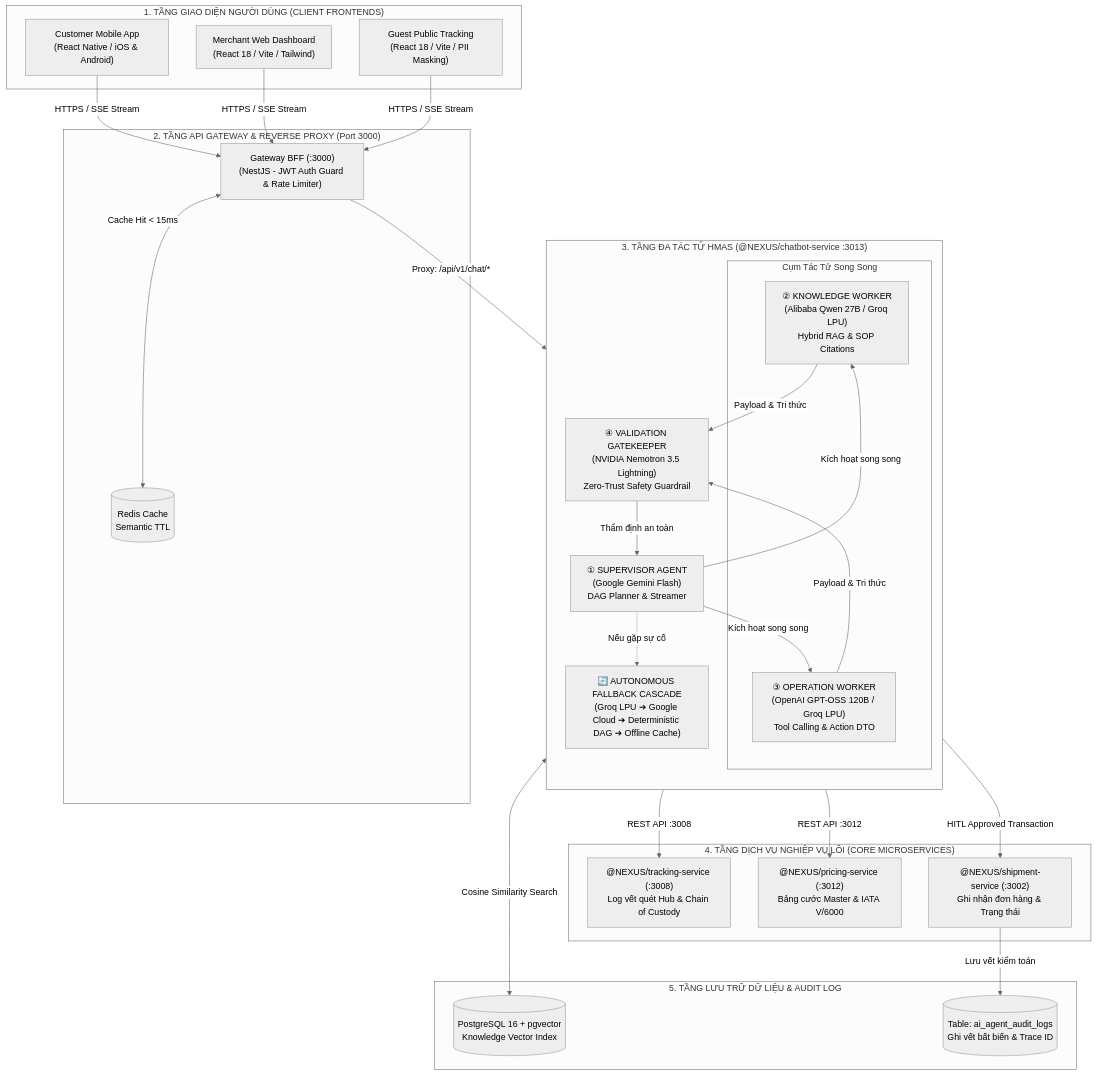
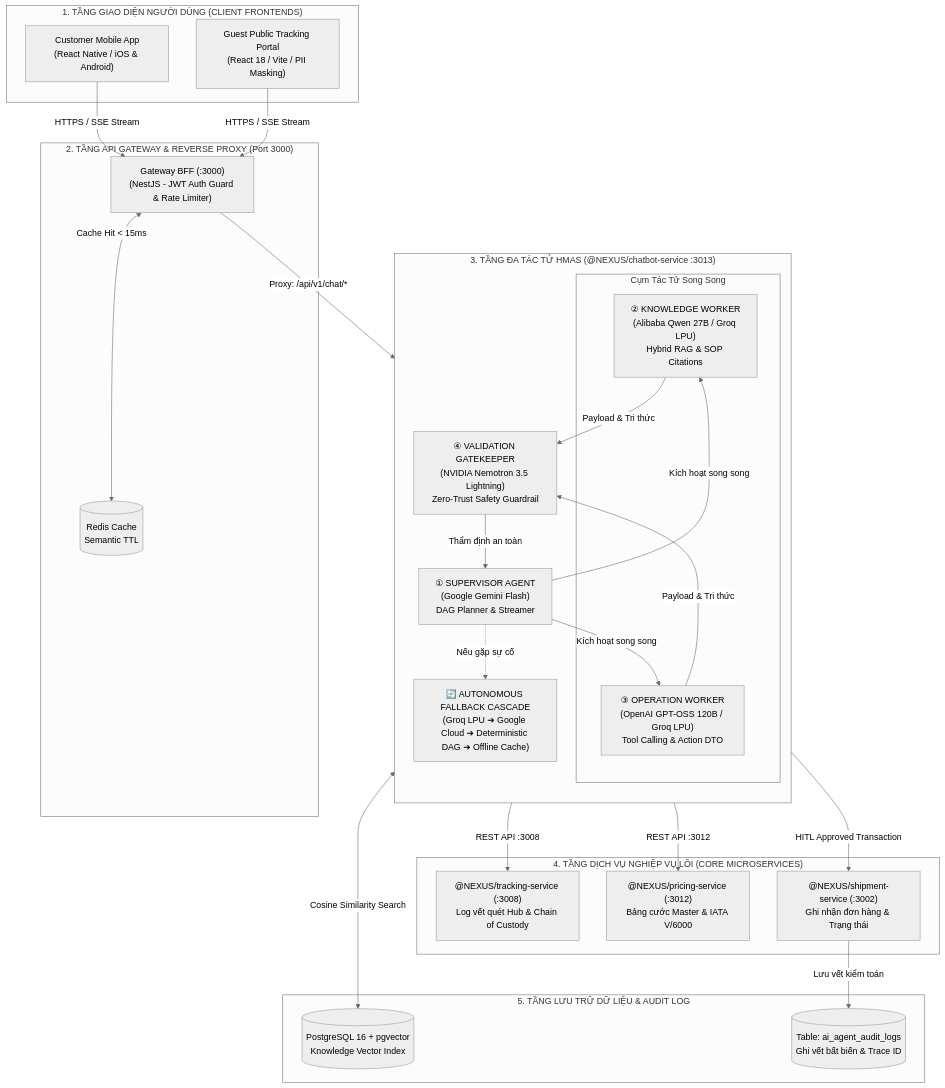
The first of 3 diagrams in docs/architecture/ai-chatbot-service-architecture.md (VoVanTuTai/logistics-management-system), drawn with Mermaid (neutral theme) before and after one commit. The commit also changed other lines of this file, not shown here.

Commit message:
docs(architecture): clarify AI chatbot client scope for Customer Mobile and Guest Web, excluding Merchant Web

````diff
--- a/docs/architecture/ai-chatbot-service-architecture.md
+++ b/docs/architecture/ai-chatbot-service-architecture.md
@@ -93,60 +93,58 @@
 ```mermaid
 graph TD
     subgraph CLIENT_TIER ["1. TẦNG GIAO DIỆN NGƯỜI DÙNG (CLIENT FRONTENDS)"]
         CM["Customer Mobile App<br/>(React Native / iOS & Android)"]
-        MW["Merchant Web Dashboard<br/>(React 18 / Vite / Tailwind)"]
-        GW["Guest Public Tracking<br/>(React 18 / Vite / PII Masking)"]
+        GW["Guest Public Tracking Portal<br/>(React 18 / Vite / PII Masking)"]
     end
 
     subgraph GATEWAY_TIER ["2. TẦNG API GATEWAY & REVERSE PROXY (Port 3000)"]
         BFF["Gateway BFF (:3000)<br/>(NestJS - JWT Auth Guard & Rate Limiter)"]
         CACHE[("Redis Cache<br/>Semantic TTL")]
     end
 
     subgraph HMAS_CONTAINER ["3. TẦNG ĐA TÁC TỬ HMAS (@NEXUS/chatbot-service :3013)"]
         direction TB
         SUP["① SUPERVISOR AGENT<br/>(Google Gemini Flash)<br/>DAG Planner & Streamer"]
         
         subgraph PARALLEL_WORKERS ["Cụm Tác Tử Song Song"]
             KNOW["② KNOWLEDGE WORKER<br/>(Alibaba Qwen 27B / Groq LPU)<br/>Hybrid RAG & SOP Citations"]
             OPER["③ OPERATION WORKER<br/>(OpenAI GPT-OSS 120B / Groq LPU)<br/>Tool Calling & Action DTO"]
         end
 
         VAL["④ VALIDATION GATEKEEPER<br/>(NVIDIA Nemotron 3.5 Lightning)<br/>Zero-Trust Safety Guardrail"]
         
         CASCADE["🔄 AUTONOMOUS FALLBACK CASCADE<br/>(Groq LPU ➔ Google Cloud ➔ Deterministic DAG ➔ Offline Cache)"]
     end
 
     subgraph BACKEND_SERVICES ["4. TẦNG DỊCH VỤ NGHIỆP VỤ LÕI (CORE MICROSERVICES)"]
         TRACK["@NEXUS/tracking-service (:3008)<br/>Log vết quét Hub & Chain of Custody"]
         PRICE["@NEXUS/pricing-service (:3012)<br/>Bảng cước Master & IATA V/6000"]
         SHIP["@NEXUS/shipment-service (:3002)<br/>Ghi nhận đơn hàng & Trạng thái"]
     end
 
     subgraph STORAGE_TIER ["5. TẦNG LƯU TRỮ DỮ LIỆU & AUDIT LOG"]
         PG[("PostgreSQL 16 + pgvector<br/>Knowledge Vector Index")]
         AUDIT[("Table: ai_agent_audit_logs<br/>Ghi vết bất biến & Trace ID")]
     end
 
     CM -->|HTTPS / SSE Stream| BFF
-    MW -->|HTTPS / SSE Stream| BFF
     GW -->|HTTPS / SSE Stream| BFF
 
     BFF <-->|Cache Hit < 15ms| CACHE
     BFF -->|Proxy: /api/v1/chat/*| SUP
 
     SUP -->|Kích hoạt song song| KNOW
     SUP -->|Kích hoạt song song| OPER
 
     KNOW <-->|Cosine Similarity Search| PG
     OPER -->|REST API :3008| TRACK
     OPER -->|REST API :3012| PRICE
 
     KNOW & OPER -->|Payload & Tri thức| VAL
     VAL -->|Thẩm định an toàn| SUP
     
     SUP -.->|Nếu gặp sự cố| CASCADE
 
     VAL -->|HITL Approved Transaction| SHIP
     SHIP -->|Lưu vết kiểm toán| AUDIT
 ```
````
